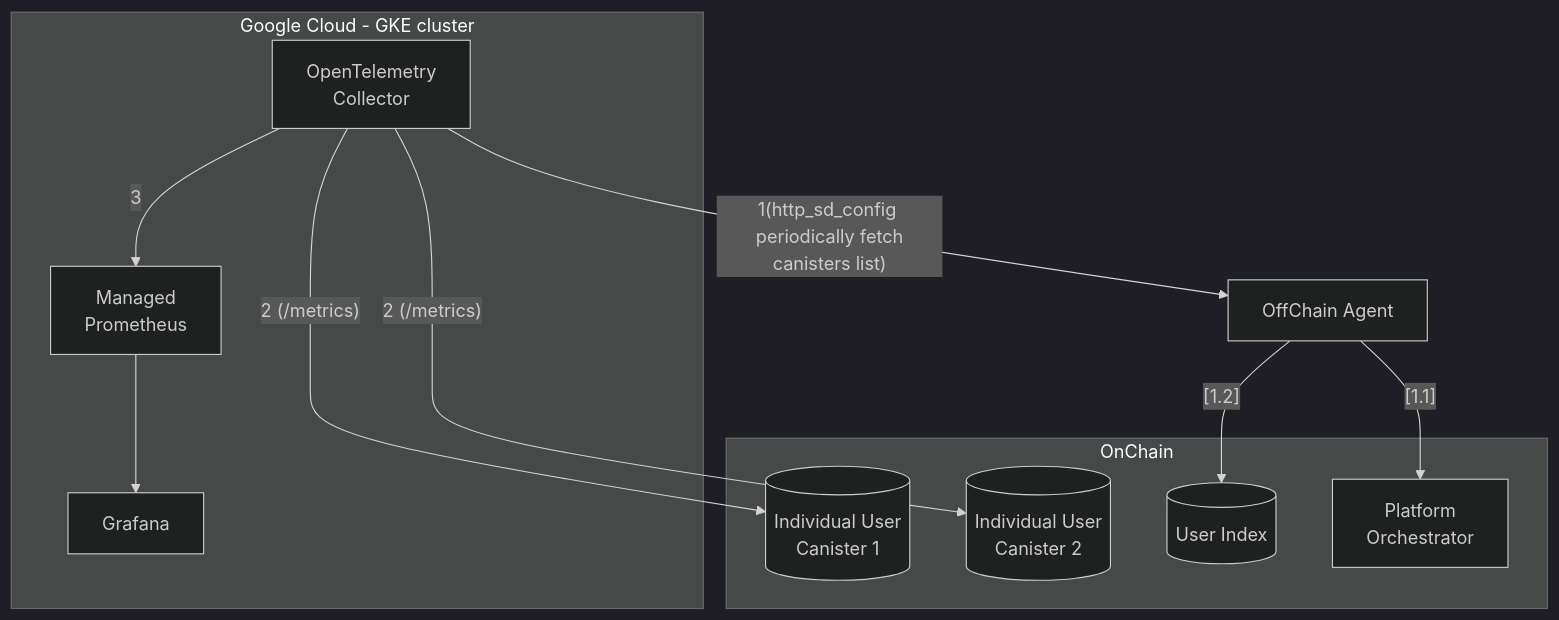
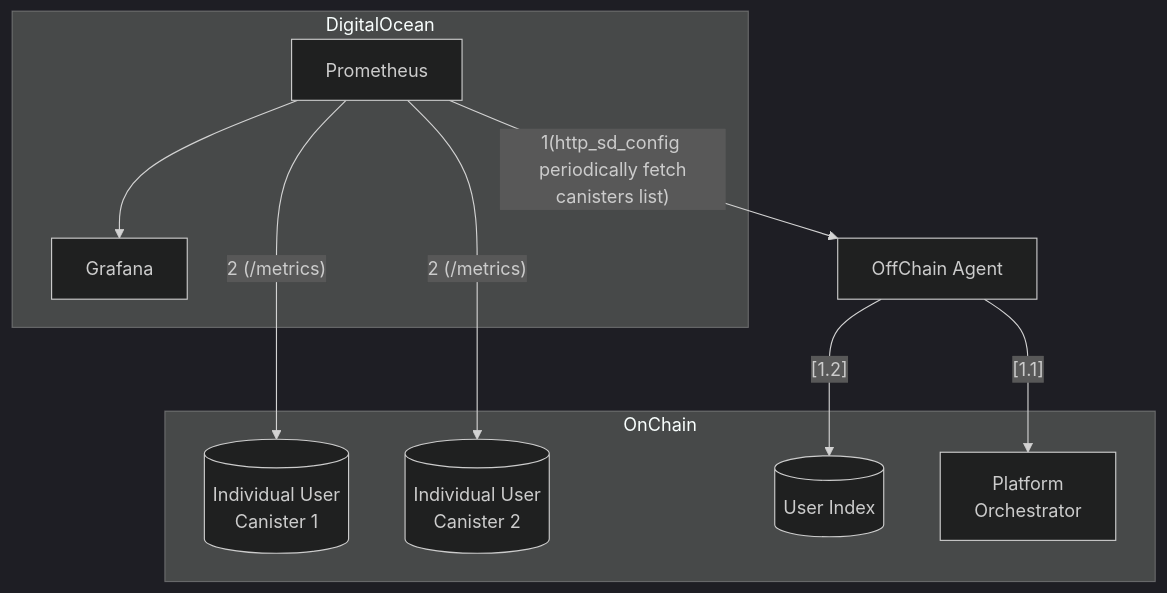
One commit to yral-dapp/hot-or-not-backend-canister changed the diagram in notes/canister_monitoring.md. Above: the diagram before and after it, drawn with Mermaid (dark theme).

Commit message:
updated diagram

````diff
--- a/notes/canister_monitoring.md
+++ b/notes/canister_monitoring.md
@@ -1,30 +1,28 @@
 ```mermaid
 flowchart TD
     IndividualCansiter1[(Individual User <br>Canister 1)]
     IndividualCansiter2[(Individual User <br>Canister 2)]
     UserIndex[(User Index)]
     PlatformOrchestrator[Platform <br>Orchestrator]
     OffChainAgent[OffChain Agent]
-    OTC[OpenTelemetry <br>Collector]
-    GMP[Managed <br>Prometheus]
+    Prom[Prometheus]
     Grafana[Grafana]
 
     OffChainAgent --[1.1]--> PlatformOrchestrator
     OffChainAgent --[1.2]--> UserIndex
 
-    OTC -- 1(http_sd_config <br> periodically fetch canisters list) --> OffChainAgent
-    OTC -- 2 (/metrics) --> IndividualCansiter1
-    OTC -- 2 (/metrics) --> IndividualCansiter2
+    Prom -- 1(http_sd_config <br> periodically fetch canisters list) --> OffChainAgent
+    Prom -- 2 (/metrics) --> IndividualCansiter1
+    Prom -- 2 (/metrics) --> IndividualCansiter2
 
     subgraph OnChain
         PlatformOrchestrator
         UserIndex
         IndividualCansiter1
         IndividualCansiter2
     end
 
-    subgraph GoogleCloud[Google Cloud - GKE cluster]
-        OTC -- 3 --> GMP
-        GMP --> Grafana
+    subgraph GoogleCloud[DigitalOcean]
+        Prom --> Grafana
     end
 ```
````
